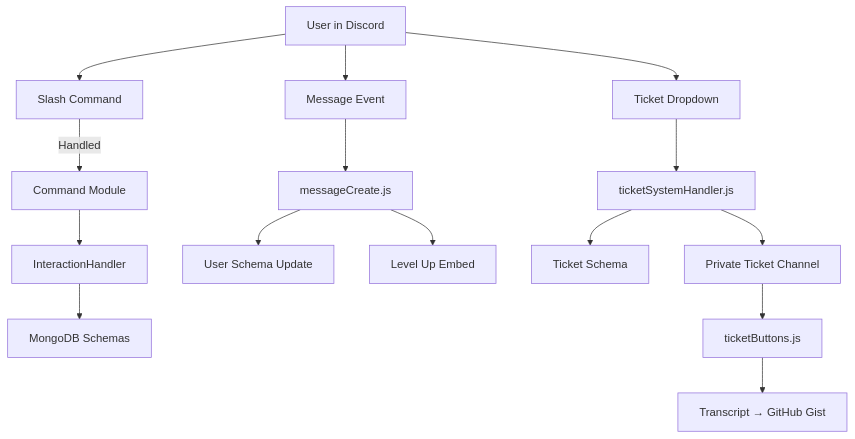
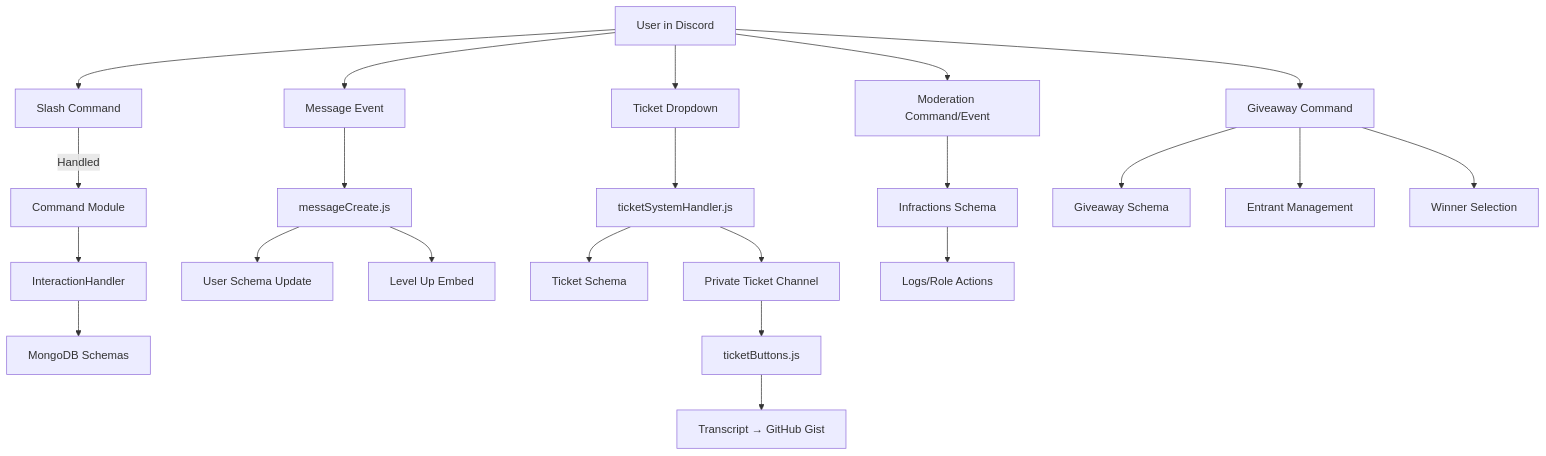
Before and after one commit to rushinski/Discord-Bot-Unity: the diagram in ARCHITECTURE.md, drawn with Mermaid. The commit also changed other lines of this file and 1 other file, not shown here.

````diff
--- a/ARCHITECTURE.md
+++ b/ARCHITECTURE.md
@@ -71,20 +94,29 @@
 ```mermaid
 flowchart TD
 
 A[User in Discord] --> B[Slash Command]
 B -->|Handled| C[Command Module]
 C --> D[InteractionHandler]
 D --> E[MongoDB Schemas]
 
 A --> F[Message Event]
 F --> G[messageCreate.js]
 G --> H[User Schema Update]
 G --> I[Level Up Embed]
 
 A --> J[Ticket Dropdown]
 J --> K[ticketSystemHandler.js]
 K --> L[Ticket Schema]
 K --> M[Private Ticket Channel]
 M --> N[ticketButtons.js]
 N --> O[Transcript → GitHub Gist]
+
+A --> P[Moderation Command/Event]
+P --> Q[Infractions Schema]
+Q --> R[Logs/Role Actions]
+
+A --> S[Giveaway Command]
+S --> T[Giveaway Schema]
+S --> U[Entrant Management]
+S --> V[Winner Selection]
 ```
````
